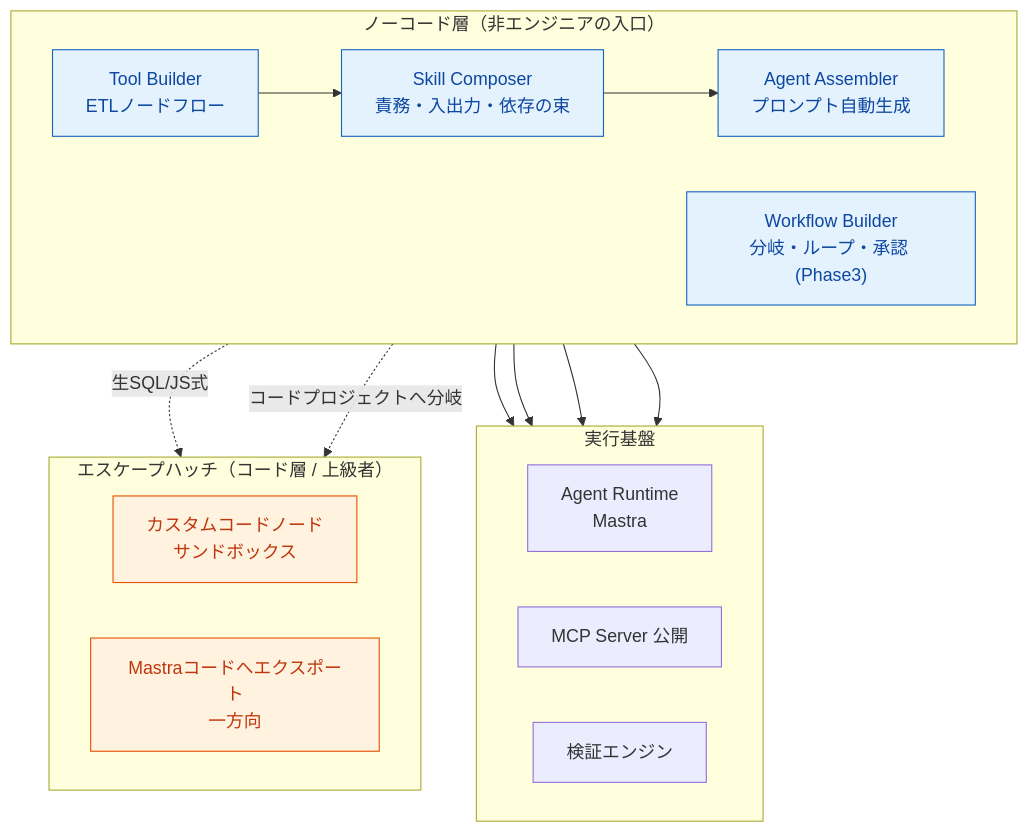
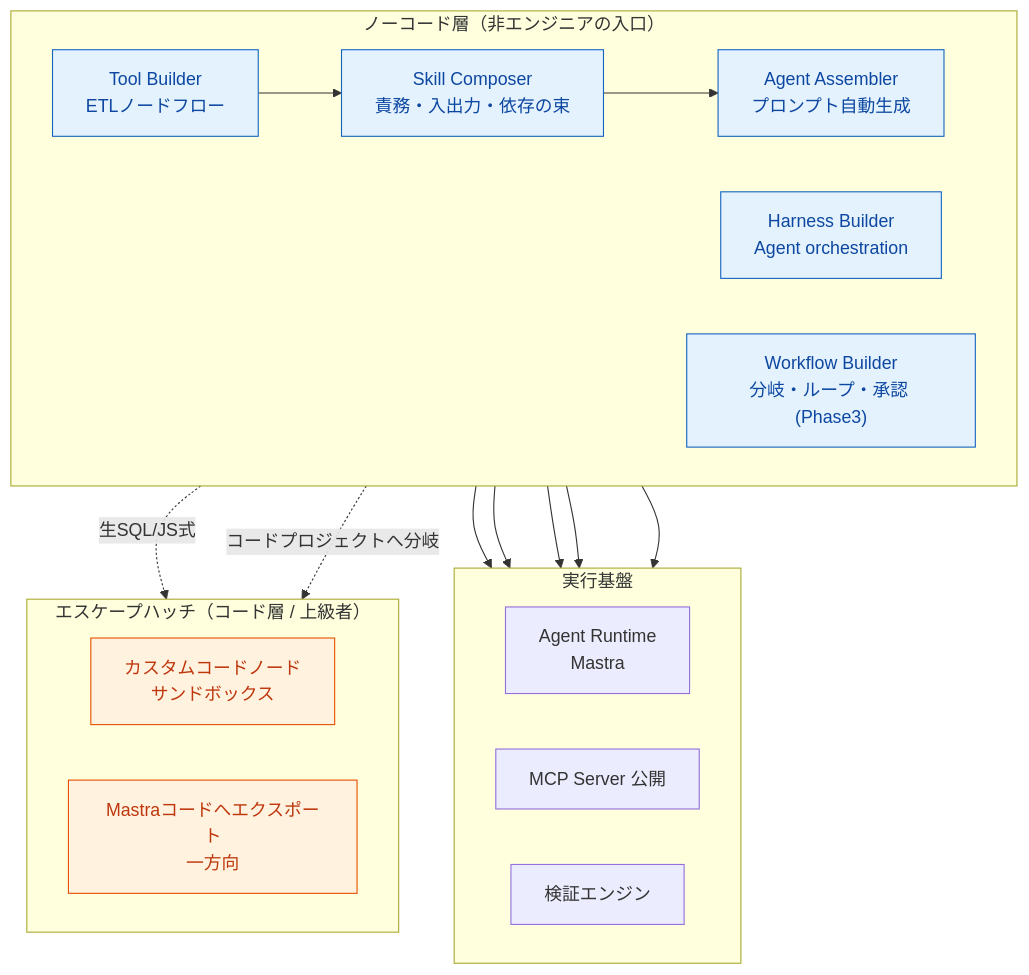
Before and after one commit to yy7613/agentblume: the diagram in docs/README.md, drawn with Mermaid. The commit also changed other lines of this file and 65 other files, not shown here.

Commit message:
feat: add agent harness builder and multimodal chat

````diff
--- a/docs/README.md
+++ b/docs/README.md
@@ -40,36 +43,38 @@
 ```mermaid
 flowchart TB
   subgraph NoCode["ノーコード層（非エンジニアの入口）"]
     direction LR
     TB["Tool Builder<br/>ETLノードフロー"]
     SC["Skill Composer<br/>責務・入出力・依存の束"]
     AB["Agent Assembler<br/>プロンプト自動生成"]
+    HB["Harness Builder<br/>Agent orchestration"]
     WB["Workflow Builder<br/>分岐・ループ・承認 (Phase3)"]
   end
 
   subgraph Runtime["実行基盤"]
     direction LR
     RT["Agent Runtime<br/>Mastra"]
     MCPS["MCP Server 公開"]
     VAL["検証エンジン"]
   end
 
   subgraph Escape["エスケープハッチ（コード層 / 上級者）"]
     direction LR
     CN["カスタムコードノード<br/>サンドボックス"]
     EX["Mastraコードへエクスポート<br/>一方向"]
   end
 
   TB --> SC --> AB
   AB --> RT
+  HB --> RT
   WB --> RT
   TB --> MCPS
   AB --> VAL
   TB -. 生SQL/JS式 .-> CN
   AB -. コードプロジェクトへ分岐 .-> EX
 
   classDef nocode fill:#e3f2fd,stroke:#1565c0,color:#0d47a1;
   classDef escape fill:#fff3e0,stroke:#e65100,color:#bf360c;
-  class TB,SC,AB,WB nocode;
+  class TB,SC,AB,HB,WB nocode;
   class CN,EX escape;
 ```
````
